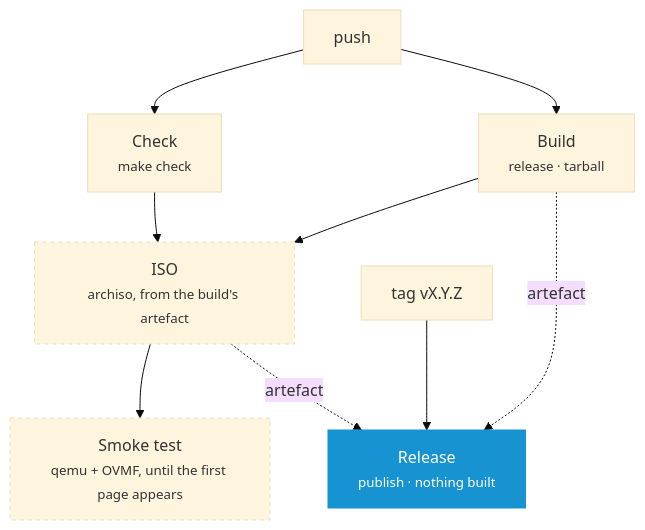
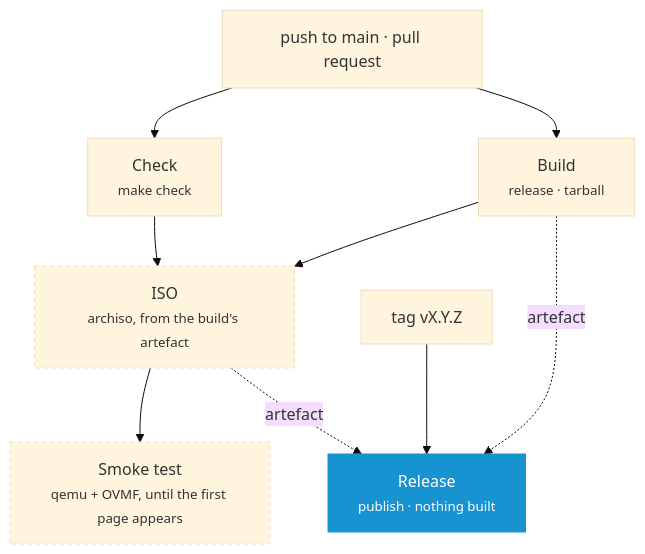
One commit to murkl/arch-os changed the second of 2 diagrams in docs/CONTRIBUTING.md. Above: the diagram before and after it, drawn with Mermaid (base theme). The commit also changed other lines of this file and 1 other file, not shown here.

Commit message:
Trigger CI once per change and gate the image on the pull request's state

````diff
--- a/docs/CONTRIBUTING.md
+++ b/docs/CONTRIBUTING.md
@@ -66,15 +68,15 @@
 ```mermaid
 flowchart TD
-    P["push"] --> C["Check<br/><small>make check</small>"]
+    P["push to main · pull request"] --> C["Check<br/><small>make check</small>"]
     P --> B["Build<br/><small>release · tarball</small>"]
     C --> I
     B --> I["ISO<br/><small>archiso, from the build's artefact</small>"]
     I --> K["Smoke test<br/><small>qemu + OVMF, until the first page appears</small>"]
     T["tag vX.Y.Z"] --> R["Release<br/><small>publish · nothing built</small>"]
     B -.->|"artefact"| R
     I -.->|"artefact"| R
 
     style I stroke-dasharray: 4 4
     style K stroke-dasharray: 4 4
     style R fill:#1793d1,stroke:#1793d1,color:#fff
 ```
````
